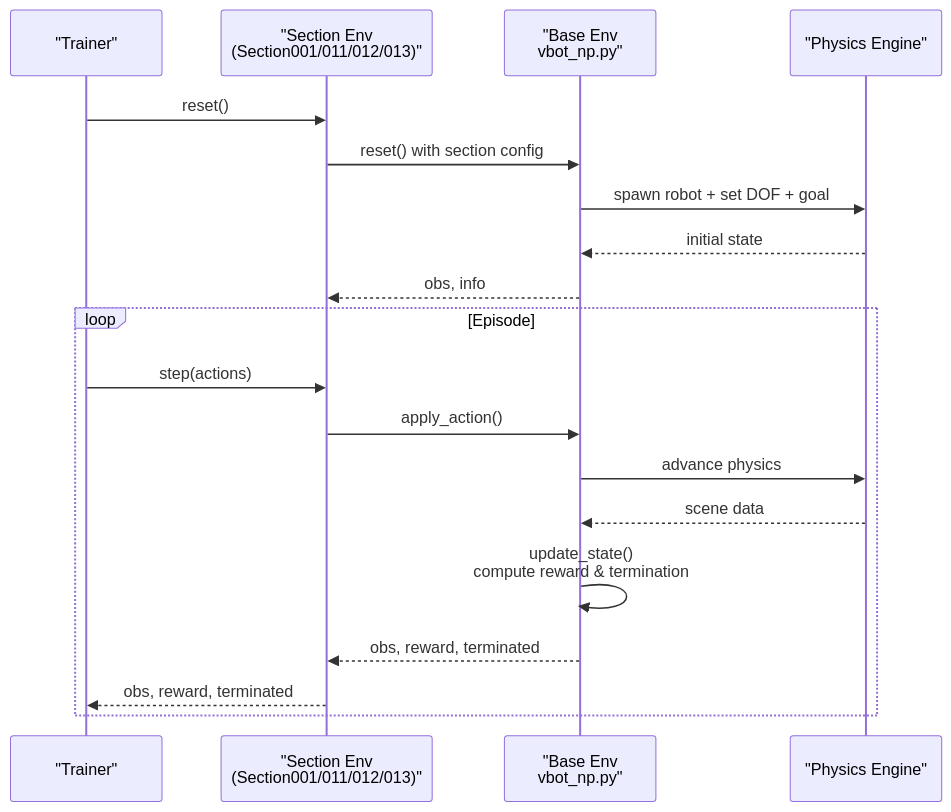
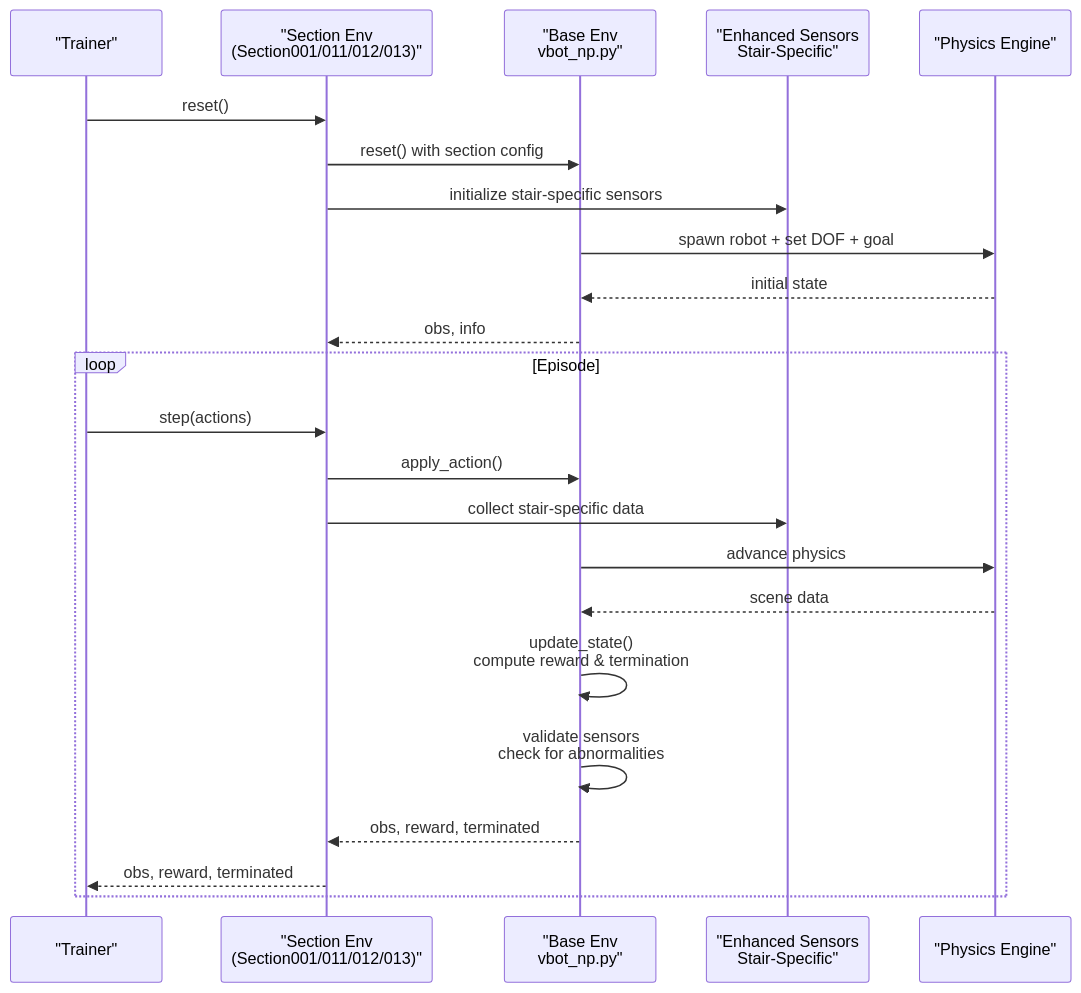
The second of 11 diagrams in .qoder/repowiki/en/content/Navigation Environments/VBot Navigation/Track Sections.md (jayjayhust/MotrixLab), drawn with Mermaid before and after one commit. The commit also changed other lines of this file and 15 other files, not shown here.

````diff
--- a/.qoder/repowiki/en/content/Navigation Environments/VBot Navigation/Track Sections.md
+++ b/.qoder/repowiki/en/content/Navigation Environments/VBot Navigation/Track Sections.md
@@ -90,21 +179,25 @@
 ```mermaid
 sequenceDiagram
 participant Trainer as "Trainer"
 participant Env as "Section Env<br/>(Section001/011/012/013)"
 participant Base as "Base Env<br/>vbot_np.py"
+participant Sensors as "Enhanced Sensors<br/>Stair-Specific"
 participant Sim as "Physics Engine"
 Trainer->>Env : reset()
 Env->>Base : reset() with section config
+Env->>Sensors : initialize stair-specific sensors
 Base->>Sim : spawn robot + set DOF + goal
 Sim-->>Base : initial state
 Base-->>Env : obs, info
 loop Episode
 Trainer->>Env : step(actions)
 Env->>Base : apply_action()
+Env->>Sensors : collect stair-specific data
 Base->>Sim : advance physics
 Sim-->>Base : scene data
 Base->>Base : update_state()<br/>compute reward & termination
+Base->>Base : validate sensors<br/>check for abnormalities
 Base-->>Env : obs, reward, terminated
 Env-->>Trainer : obs, reward, terminated
 end
 ```
````
